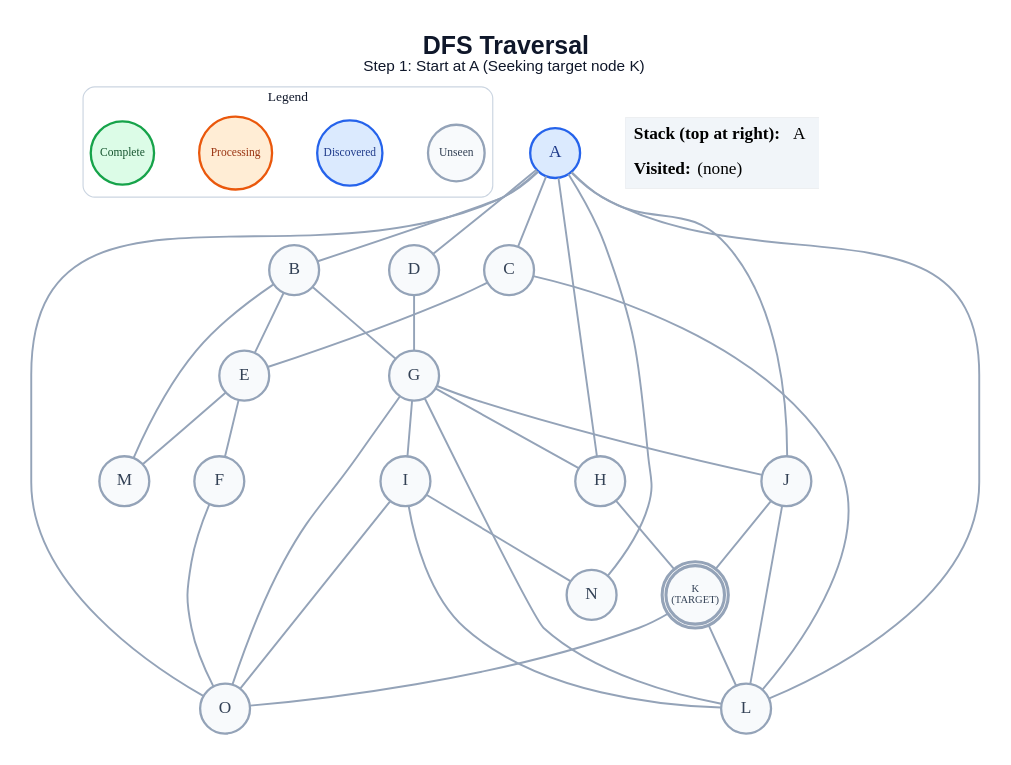
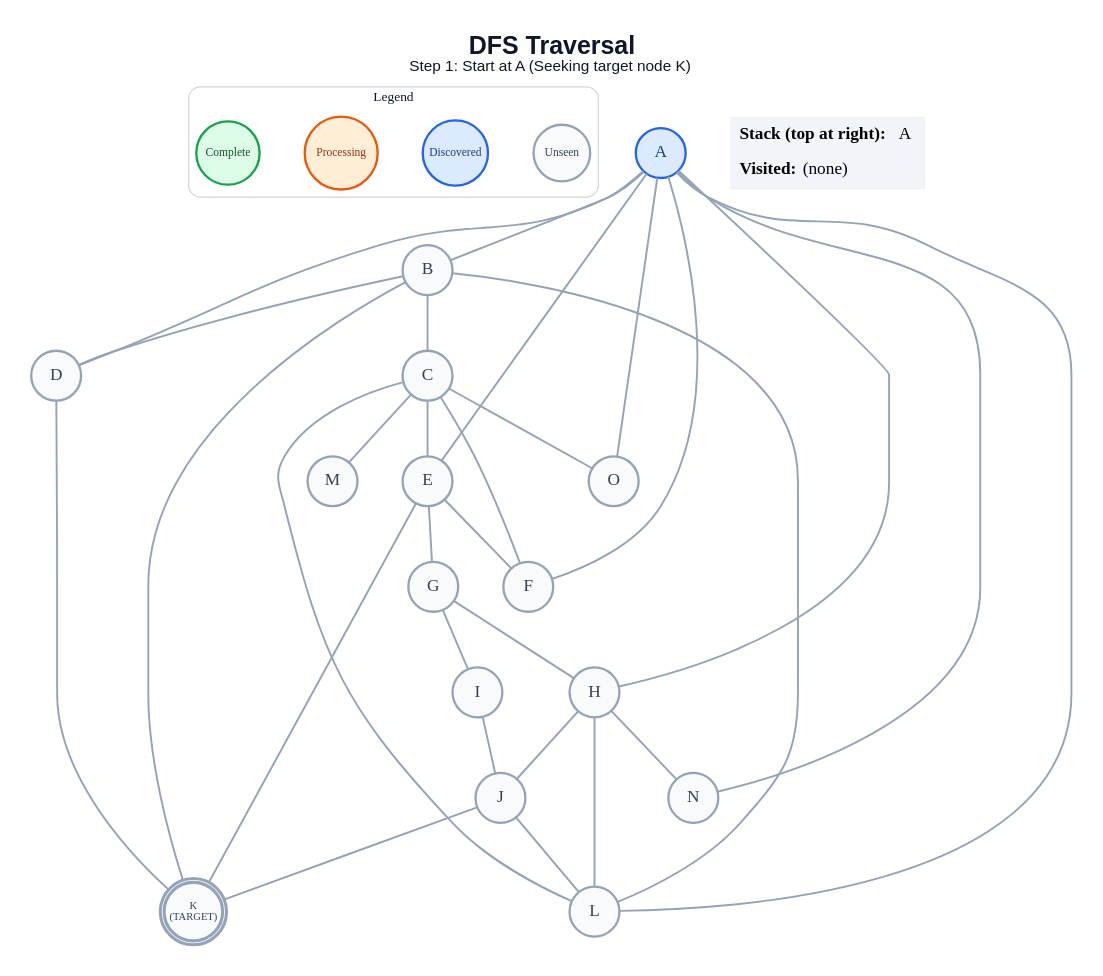
Before and after one commit to anon7238593-create/ai-slop: the diagram in generated/dfs/step_01.dot, drawn with Graphviz. The commit also changed 293 other files, not shown here.

```diff
--- a/generated/dfs/step_01.dot
+++ b/generated/dfs/step_01.dot
@@ -1,64 +1,63 @@
 graph traversal {
   graph [layout=dot, rankdir=TB, bgcolor="#FFFFFF", pad="0.35", nodesep="0.65", ranksep="0.8", fontname="Arial"];
   node [shape=circle, style="filled", fontname="Arial Bold", fontsize=18, width=0.72, fixedsize=true, penwidth=2.4];
   edge [color="#94A3B8", penwidth=2.0];
   label=<<B>DFS Traversal</B><BR/><FONT POINT-SIZE="16">Step 1: Start at A (Seeking target node K)</FONT>>; labelloc="t"; fontsize=26; fontname="Arial"; fontcolor="#0F172A";
   subgraph cluster_legend { label="Legend"; color="#CBD5E1"; penwidth=1.2; style="rounded"; fontsize=14; fontname="Arial Bold";
     key_unseen [label="Unseen", fillcolor="#F8FAFC", color="#94A3B8", fontcolor="#334155", fontsize=12, width=0.82];
     key_frontier [label="Discovered", fillcolor="#DBEAFE", color="#2563EB", fontcolor="#1E3A8A", fontsize=12, width=0.95];
     key_current [label="Processing", fillcolor="#FFEDD5", color="#EA580C", fontcolor="#9A3412", fontsize=12, width=1.05];
     key_done [label="Complete", fillcolor="#DCFCE7", color="#16A34A", fontcolor="#14532D", fontsize=12, width=0.92];
     { rank=same; key_unseen; key_frontier; key_current; key_done; }
   }
   A [label="A", fillcolor="#DBEAFE", color="#2563EB", fontcolor="#1E3A8A", peripheries=1, penwidth=2.4];
   B [label="B", fillcolor="#F8FAFC", color="#94A3B8", fontcolor="#334155", peripheries=1, penwidth=2.4];
   C [label="C", fillcolor="#F8FAFC", color="#94A3B8", fontcolor="#334155", peripheries=1, penwidth=2.4];
   D [label="D", fillcolor="#F8FAFC", color="#94A3B8", fontcolor="#334155", peripheries=1, penwidth=2.4];
   E [label="E", fillcolor="#F8FAFC", color="#94A3B8", fontcolor="#334155", peripheries=1, penwidth=2.4];
   F [label="F", fillcolor="#F8FAFC", color="#94A3B8", fontcolor="#334155", peripheries=1, penwidth=2.4];
   G [label="G", fillcolor="#F8FAFC", color="#94A3B8", fontcolor="#334155", peripheries=1, penwidth=2.4];
   H [label="H", fillcolor="#F8FAFC", color="#94A3B8", fontcolor="#334155", peripheries=1, penwidth=2.4];
   I [label="I", fillcolor="#F8FAFC", color="#94A3B8", fontcolor="#334155", peripheries=1, penwidth=2.4];
   J [label="J", fillcolor="#F8FAFC", color="#94A3B8", fontcolor="#334155", peripheries=1, penwidth=2.4];
   K [label="K\n(TARGET)", fillcolor="#F8FAFC", color="#94A3B8", fontcolor="#334155", peripheries=2, penwidth=3.2, fontsize=11, width=0.85, height=0.85];
   L [label="L", fillcolor="#F8FAFC", color="#94A3B8", fontcolor="#334155", peripheries=1, penwidth=2.4];
   M [label="M", fillcolor="#F8FAFC", color="#94A3B8", fontcolor="#334155", peripheries=1, penwidth=2.4];
   N [label="N", fillcolor="#F8FAFC", color="#94A3B8", fontcolor="#334155", peripheries=1, penwidth=2.4];
   O [label="O", fillcolor="#F8FAFC", color="#94A3B8", fontcolor="#334155", peripheries=1, penwidth=2.4];
   A -- B;
-  A -- C;
   A -- D;
+  A -- E;
+  A -- F;
   A -- H;
-  A -- J;
   A -- L;
   A -- N;
   A -- O;
-  B -- E;
-  B -- G;
-  B -- M;
+  B -- C;
+  B -- D;
+  B -- K;
+  B -- L;
   C -- E;
+  C -- F;
   C -- L;
-  D -- G;
+  C -- M;
+  C -- O;
+  D -- K;
   E -- F;
-  E -- M;
-  F -- O;
+  E -- G;
+  E -- K;
   G -- H;
   G -- I;
-  G -- J;
-  G -- L;
-  G -- O;
-  H -- K;
-  I -- L;
-  I -- N;
-  I -- O;
+  H -- J;
+  H -- L;
+  H -- N;
+  I -- J;
   J -- K;
   J -- L;
-  K -- L;
-  K -- O;
   status [shape=plain, fixedsize=false, width=0, height=0, margin=0, label=<
     <TABLE BORDER="0" CELLBORDER="0" CELLPADDING="7" BGCOLOR="#F1F5F9">
       <TR><TD ALIGN="LEFT"><B>Stack (top at right):</B> A</TD></TR>
       <TR><TD ALIGN="LEFT"><B>Visited:</B> (none)</TD></TR>
     </TABLE>
   >];
 }
```
